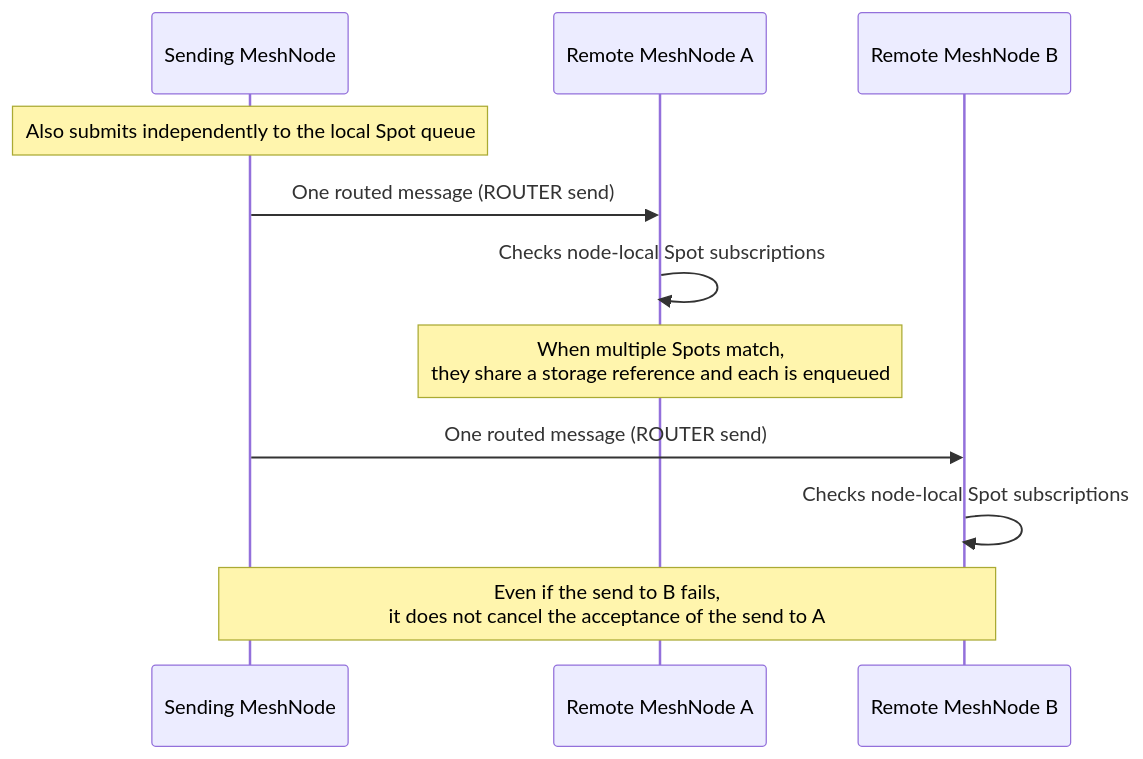
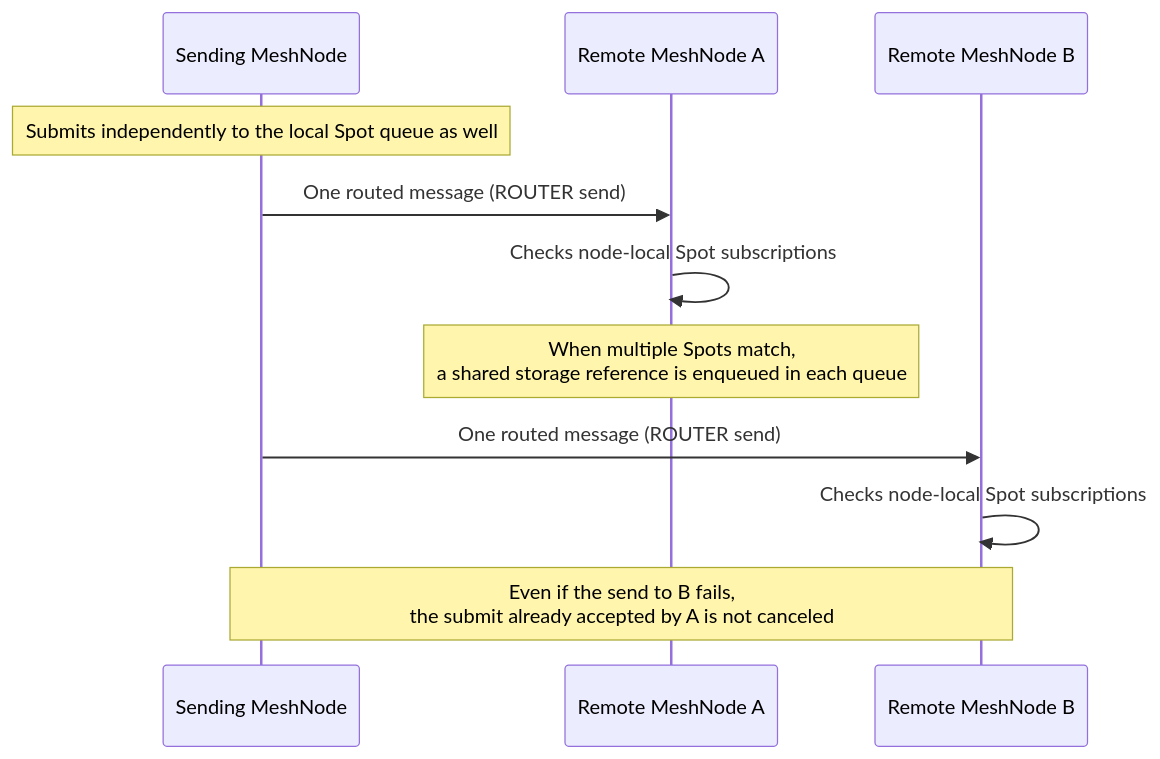
The diagram in framework/doc/framework/common/spec/server/00-foundation/03-overview.en.md (zlink-systems/zlink), drawn with Mermaid before and after one commit. The commit also changed other lines of this file and 8 other files, not shown here.

````diff
--- a/framework/doc/framework/common/spec/server/00-foundation/03-overview.en.md
+++ b/framework/doc/framework/common/spec/server/00-foundation/03-overview.en.md
@@ -90,14 +90,14 @@
 ```mermaid
 sequenceDiagram
     participant Src as Sending MeshNode
     participant A as Remote MeshNode A
     participant B as Remote MeshNode B
 
-    Note over Src: Also submits independently to the local Spot queue
+    Note over Src: Submits independently to the local Spot queue as well
     Src->>A: One routed message (ROUTER send)
     A->>A: Checks node-local Spot subscriptions
-    Note over A: When multiple Spots match,<br/>they share a storage reference and each is enqueued
+    Note over A: When multiple Spots match,<br/>a shared storage reference is enqueued in each queue
     Src->>B: One routed message (ROUTER send)
     B->>B: Checks node-local Spot subscriptions
-    Note over Src,B: Even if the send to B fails,<br/>it does not cancel the acceptance of the send to A
+    Note over Src,B: Even if the send to B fails,<br/>the submit already accepted by A is not canceled
 ```
````
